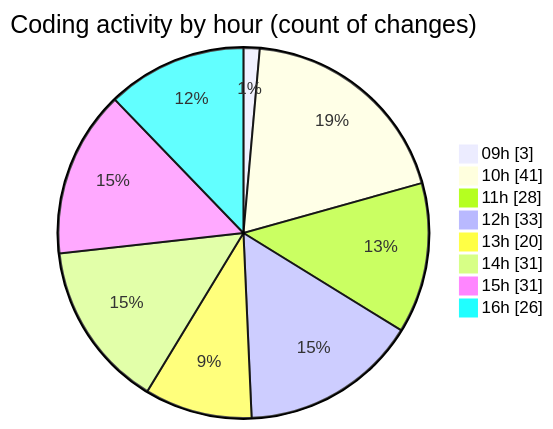
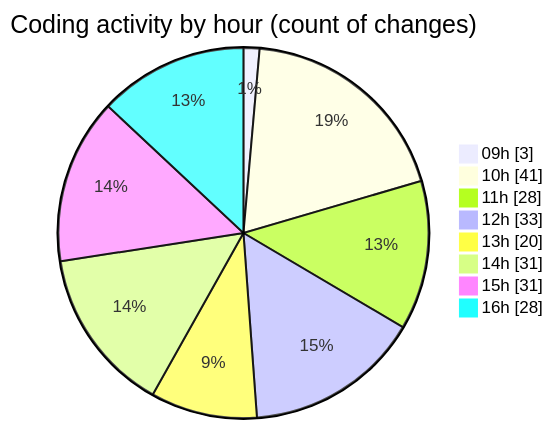
Before and after one commit to CELIANVF/code-tracking: the second of 2 diagrams in 2025-05-19/ecodeli-1/README.md, drawn with Mermaid. The commit also changed other lines of this file and 1 other file, not shown here.

````diff
--- a/2025-05-19/ecodeli-1/README.md
+++ b/2025-05-19/ecodeli-1/README.md
@@ -90,12 +92,12 @@
 ```mermaid
 pie showData
 title Coding activity by hour (count of changes)
 "09h" : 3
 "10h" : 41
 "11h" : 28
 "12h" : 33
 "13h" : 20
 "14h" : 31
 "15h" : 31
-"16h" : 26
+"16h" : 28
 ```
````
